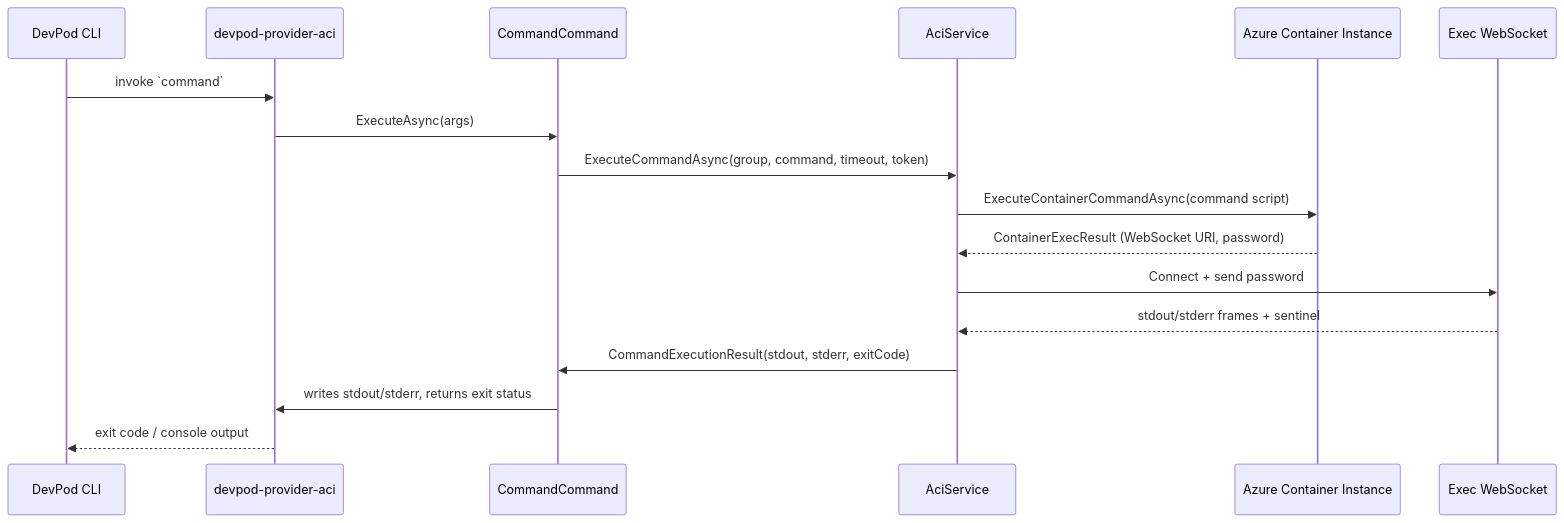
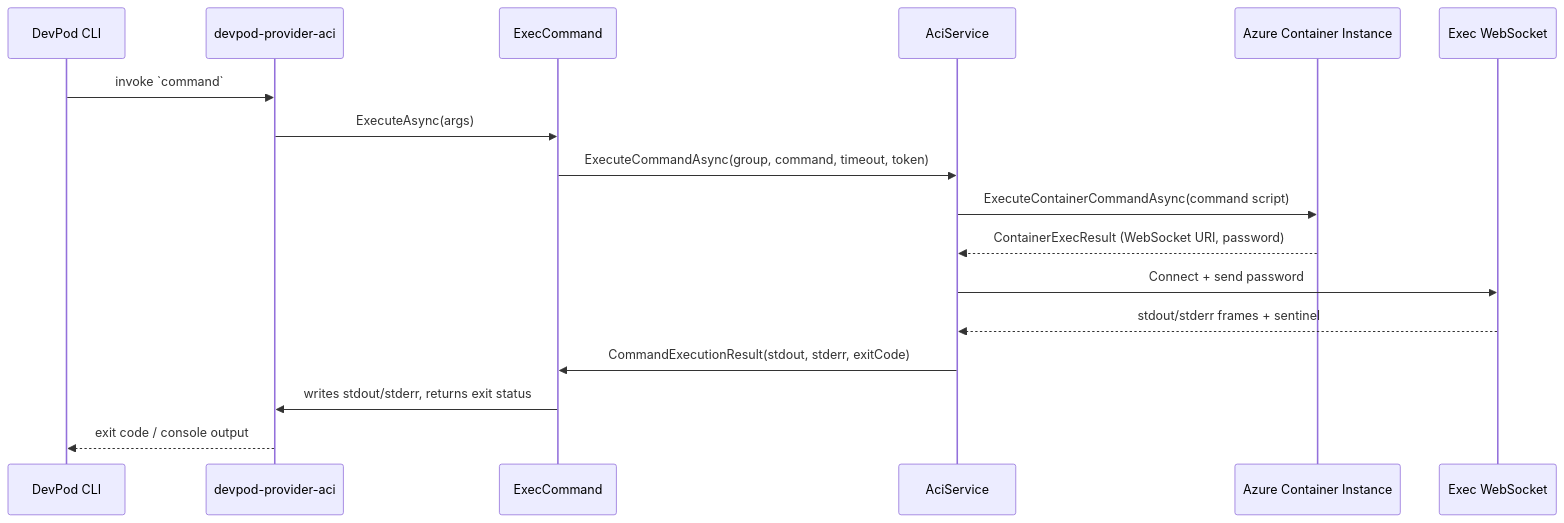
The first of 2 diagrams in docs/command-execution-flow.md (zetomatoz/devpod-provider-aci), drawn with Mermaid before and after one commit. The commit also changed other lines of this file and 28 other files, not shown here.

````diff
--- a/docs/command-execution-flow.md
+++ b/docs/command-execution-flow.md
@@ -14,20 +14,20 @@
 ```mermaid
 sequenceDiagram
     participant DevPodCLI as DevPod CLI
     participant ProviderCLI as devpod-provider-aci
-    participant CommandCmd as CommandCommand
+    participant CommandCmd as ExecCommand
     participant AciSvc as AciService
     participant AzureACI as Azure Container Instance
     participant AgentWS as Exec WebSocket
 
     DevPodCLI->>ProviderCLI: invoke `command`
     ProviderCLI->>CommandCmd: ExecuteAsync(args)
     CommandCmd->>AciSvc: ExecuteCommandAsync(group, command, timeout, token)
     AciSvc->>AzureACI: ExecuteContainerCommandAsync(command script)
     AzureACI-->>AciSvc: ContainerExecResult (WebSocket URI, password)
     AciSvc->>AgentWS: Connect + send password
     AgentWS-->>AciSvc: stdout/stderr frames + sentinel
     AciSvc->>CommandCmd: CommandExecutionResult(stdout, stderr, exitCode)
     CommandCmd->>ProviderCLI: writes stdout/stderr, returns exit status
     ProviderCLI-->>DevPodCLI: exit code / console output
 ```
````
